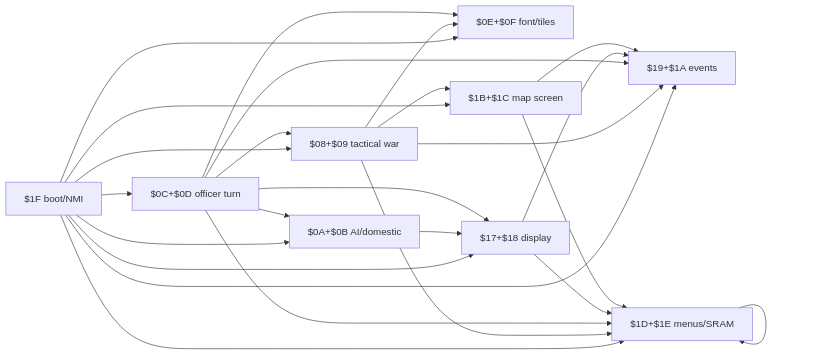
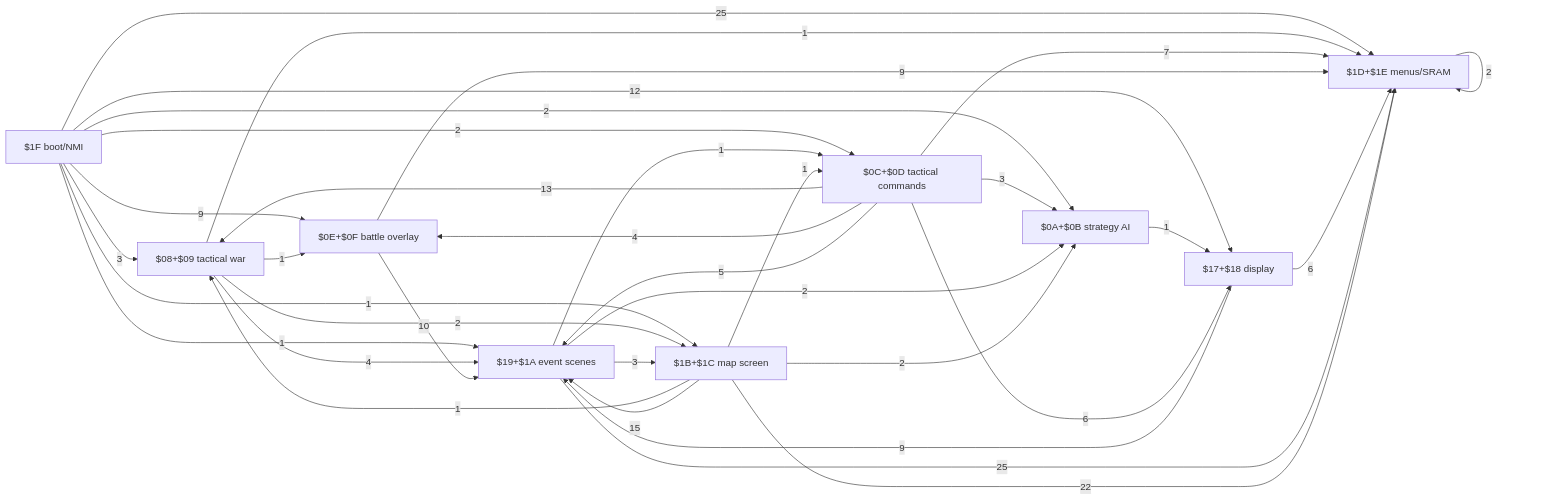
The first of 2 diagrams in code/bank_switch_map.md (rabbyzero/sango2dasm), drawn with Mermaid before and after one commit. The commit also changed other lines of this file and 134 other files, not shown here.

````diff
--- a/code/bank_switch_map.md
+++ b/code/bank_switch_map.md
@@ -389,33 +480,44 @@
 ```mermaid
 graph LR
-  B1F["$1F boot/NMI"] --> B08["$08+$09 tactical war"]
-  B1F --> B0A["$0A+$0B AI/domestic"]
-  B1F --> B0C["$0C+$0D officer turn"]
-  B1F --> B0E["$0E+$0F font/tiles"]
-  B1F --> B17["$17+$18 display"]
-  B1F --> B19["$19+$1A events"]
-  B1F --> B1B["$1B+$1C map screen"]
-  B1F --> B1D["$1D+$1E menus/SRAM"]
+  B1F["$1F boot/NMI"] -->|3| B08["$08+$09 tactical war"]
+  B1F -->|2| B0A["$0A+$0B strategy AI"]
+  B1F -->|2| B0C["$0C+$0D tactical commands"]
+  B1F -->|9| B0E["$0E+$0F battle overlay"]
+  B1F -->|12| B17["$17+$18 display"]
+  B1F -->|1| B19["$19+$1A event scenes"]
+  B1F -->|1| B1B["$1B+$1C map screen"]
+  B1F -->|25| B1D["$1D+$1E menus/SRAM"]
 
-  B08 --> B0E
-  B08 --> B19
-  B08 --> B1B
-  B08 --> B1D
+  B08 -->|1| B0E
+  B08 -->|4| B19
+  B08 -->|2| B1B
+  B08 -->|1| B1D
 
-  B0A --> B17
+  B0A -->|1| B17
 
-  B0C --> B08
-  B0C --> B0A
-  B0C --> B0E
-  B0C --> B17
-  B0C --> B19
-  B0C --> B1D
+  B0C -->|13| B08
+  B0C -->|3| B0A
+  B0C -->|4| B0E
+  B0C -->|6| B17
+  B0C -->|5| B19
+  B0C -->|7| B1D
 
-  B17 --> B19
-  B17 --> B1D
+  B0E -->|10| B19
+  B0E -->|9| B1D
 
-  B1B --> B19
-  B1B --> B1D
+  B17 -->|9| B19
+  B17 -->|6| B1D
 
-  B1D --> B1D
+  B19 -->|2| B0A
+  B19 -->|1| B0C
+  B19 -->|3| B1B
+  B19 -->|25| B1D
+
+  B1B -->|1| B08
+  B1B -->|2| B0A
+  B1B -->|1| B0C
+  B1B -->|15| B19
+  B1B -->|22| B1D
+
+  B1D -->|2| B1D
 ```
````
